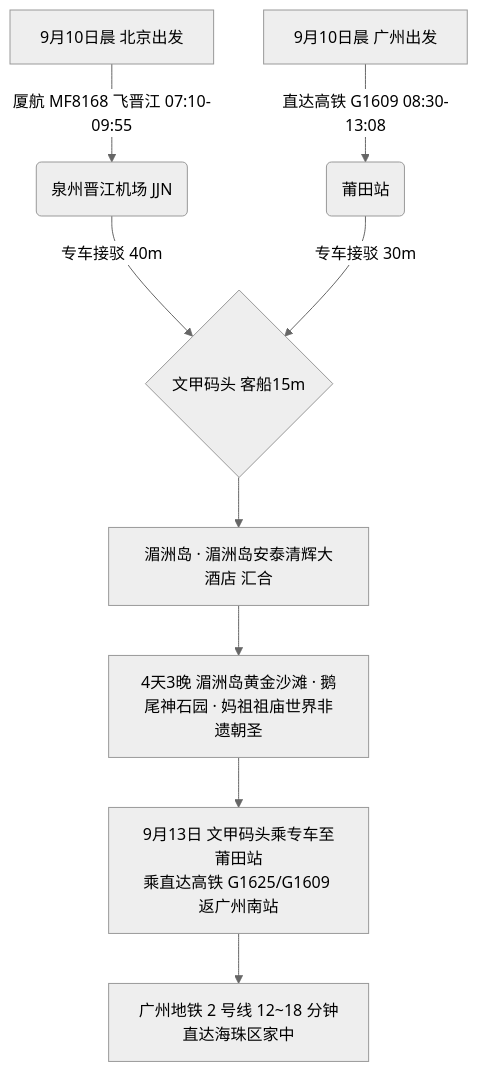
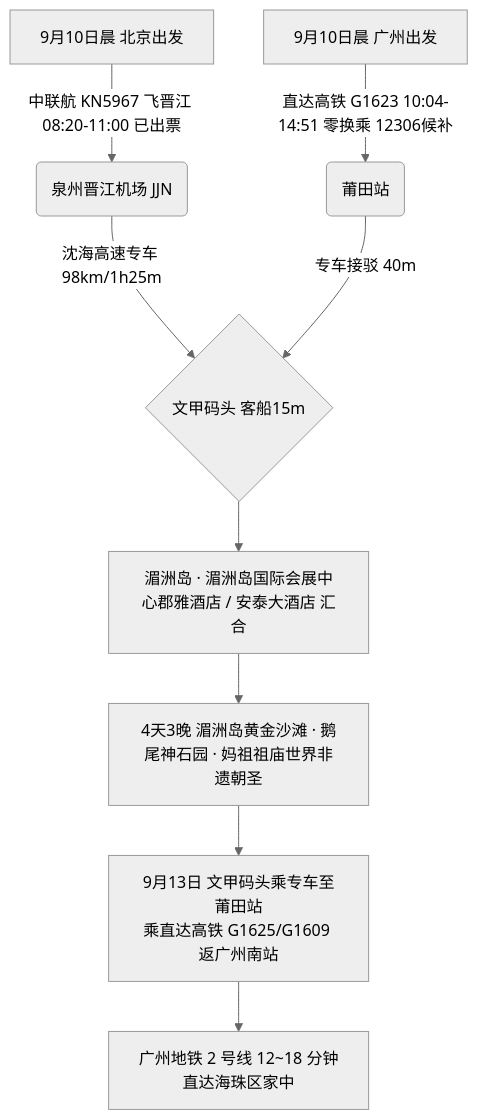
The diagram in fujian/putian/README.md (PhoenixNest/travel-agency), drawn with Mermaid (neutral theme) before and after one commit. The commit also changed other lines of this file and 26 other files, not shown here.

````diff
--- a/fujian/putian/README.md
+++ b/fujian/putian/README.md
@@ -16,15 +16,15 @@
 ```mermaid
 graph TD
-    A[9月10日晨 北京出发] -->|厦航 MF8168 飞晋江 07:10-09:55| B(泉州晋江机场 JJN)
-    B -->|专车接驳 40m| E{文甲码头 客船15m}
+    A[9月10日晨 北京出发] -->|中联航 KN5967 飞晋江 08:20-11:00 已出票| B(泉州晋江机场 JJN)
+    B -->|沈海高速专车 98km/1h25m| E{文甲码头 客船15m}
 
-    C[9月10日晨 广州出发] -->|直达高铁 G1609 08:30-13:08| D(莆田站)
-    D -->|专车接驳 30m| E
+    C[9月10日晨 广州出发] -->|直达高铁 G1623 10:04-14:51 零换乘 12306候补| D(莆田站)
+    D -->|专车接驳 40m| E
 
-    E --> F[湄洲岛 · 湄洲岛安泰清辉大酒店 汇合]
+    E --> F[湄洲岛 · 湄洲岛国际会展中心郡雅酒店 / 安泰大酒店 汇合]
 
     F --> G[4天3晚 湄洲岛黄金沙滩 · 鹅尾神石园 · 妈祖祖庙世界非遗朝圣]
 
     G --> H[9月13日 文甲码头乘专车至莆田站<br/>乘直达高铁 G1625/G1609 返广州南站]
     H --> I[广州地铁 2 号线 12~18 分钟直达海珠区家中]
 ```
````
